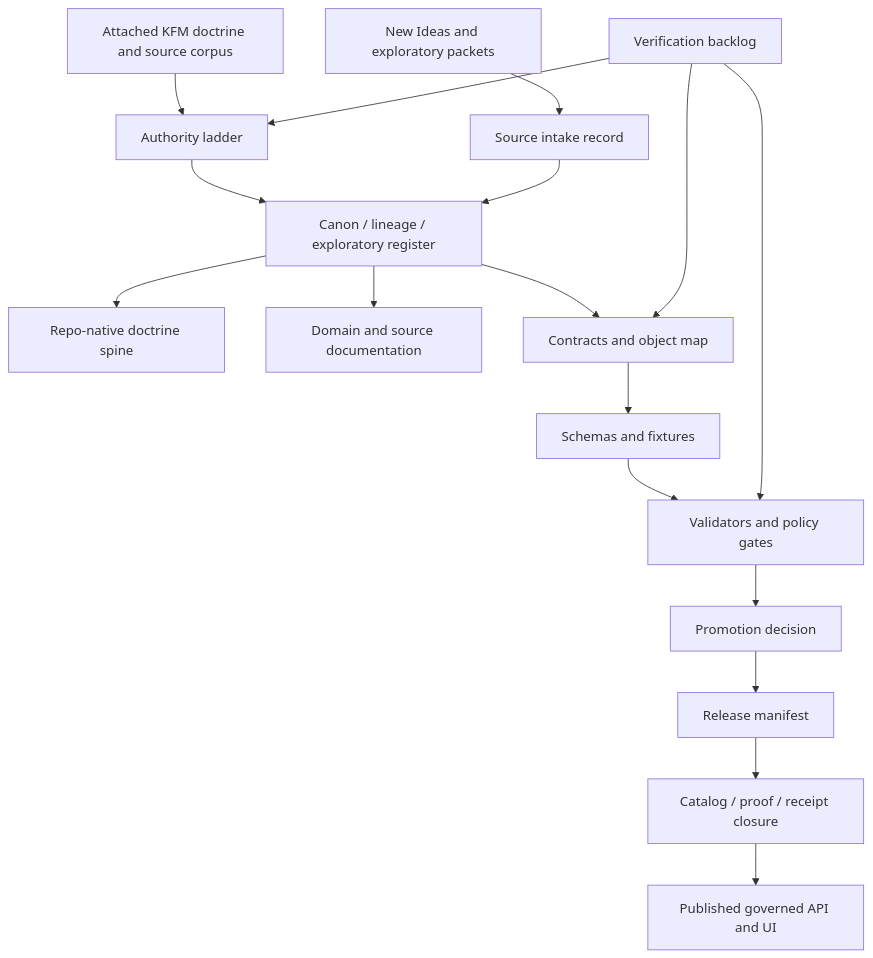
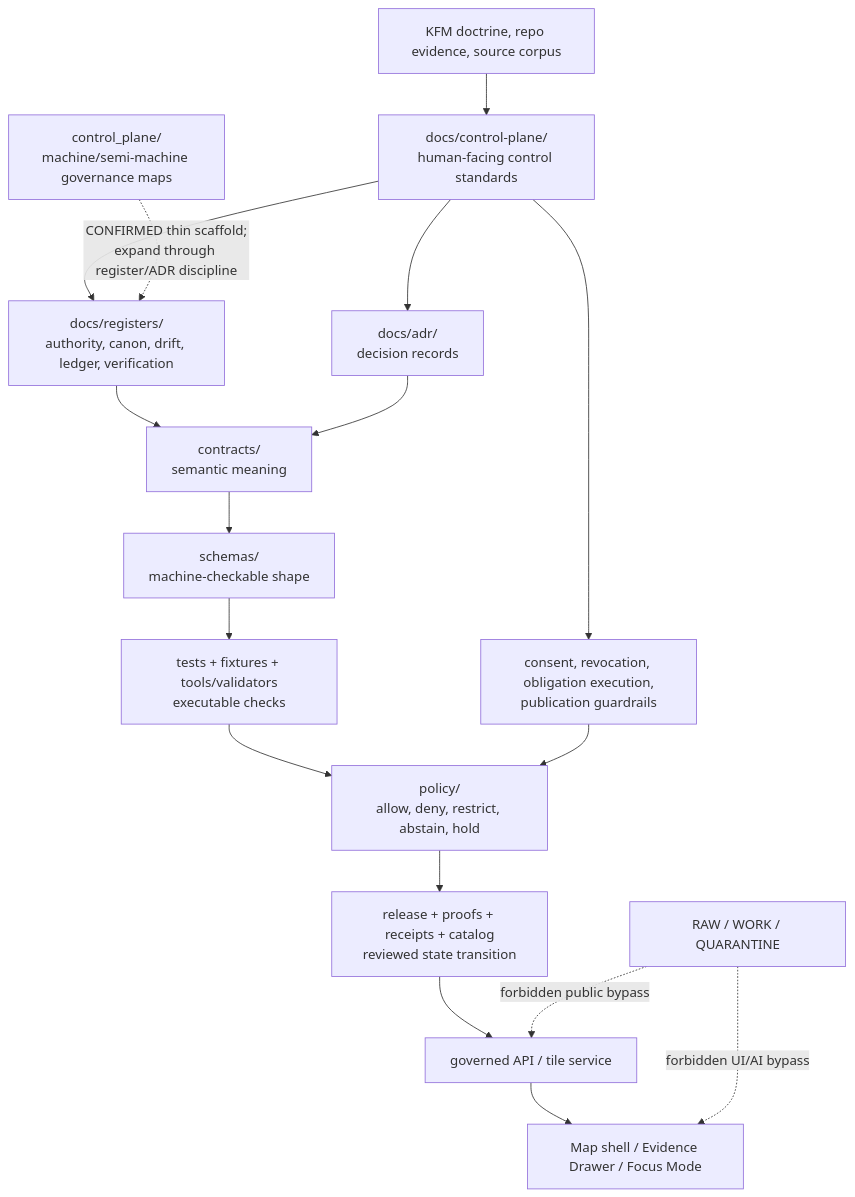
Before and after one commit to bartytime4life/Kansas-Frontier-Matrix: the diagram in docs/control-plane/README.md, drawn with Mermaid. The commit also changed other lines of this file, not shown here.

````diff
--- a/docs/control-plane/README.md
+++ b/docs/control-plane/README.md
@@ -128,19 +177,23 @@
 ```mermaid
 flowchart TD
-  A["Attached KFM doctrine and source corpus"] --> B["Authority ladder"]
-  B --> C["Canon / lineage / exploratory register"]
-  C --> D["Repo-native doctrine spine"]
-  C --> E["Domain and source documentation"]
-  C --> F["Contracts and object map"]
-  F --> G["Schemas and fixtures"]
-  G --> H["Validators and policy gates"]
-  H --> I["Promotion decision"]
-  I --> J["Release manifest"]
-  J --> K["Catalog / proof / receipt closure"]
-  K --> L["Published governed API and UI"]
-  M["New Ideas and exploratory packets"] --> N["Source intake record"]
-  N --> C
-  O["Verification backlog"] --> B
-  O --> F
-  O --> H
+  Corpus["KFM doctrine, repo evidence, source corpus"] --> HumanCP["docs/control-plane/<br/>human-facing control standards"]
+  HumanCP --> Registers["docs/registers/<br/>authority, canon, drift, ledger, verification"]
+  HumanCP --> ADRs["docs/adr/<br/>decision records"]
+  HumanCP --> Guardrails["consent, revocation, obligation execution,<br/>publication guardrails"]
+
+  Registers --> Contracts["contracts/<br/>semantic meaning"]
+  ADRs --> Contracts
+  Contracts --> Schemas["schemas/<br/>machine-checkable shape"]
+  Schemas --> Validators["tests + fixtures + tools/validators<br/>executable checks"]
+  Validators --> Policy["policy/<br/>allow, deny, restrict, abstain, hold"]
+  Guardrails --> Policy
+
+  Policy --> Release["release + proofs + receipts + catalog<br/>reviewed state transition"]
+  Release --> API["governed API / tile service"]
+  API --> UI["Map shell / Evidence Drawer / Focus Mode"]
+
+  MachineCP["control_plane/<br/>machine/semi-machine governance maps"] -. "CONFIRMED thin scaffold;<br/>expand through register/ADR discipline" .-> Registers
+
+  RAW["RAW / WORK / QUARANTINE"] -. "forbidden public bypass" .-> API
+  RAW -. "forbidden UI/AI bypass" .-> UI
 ```
````
